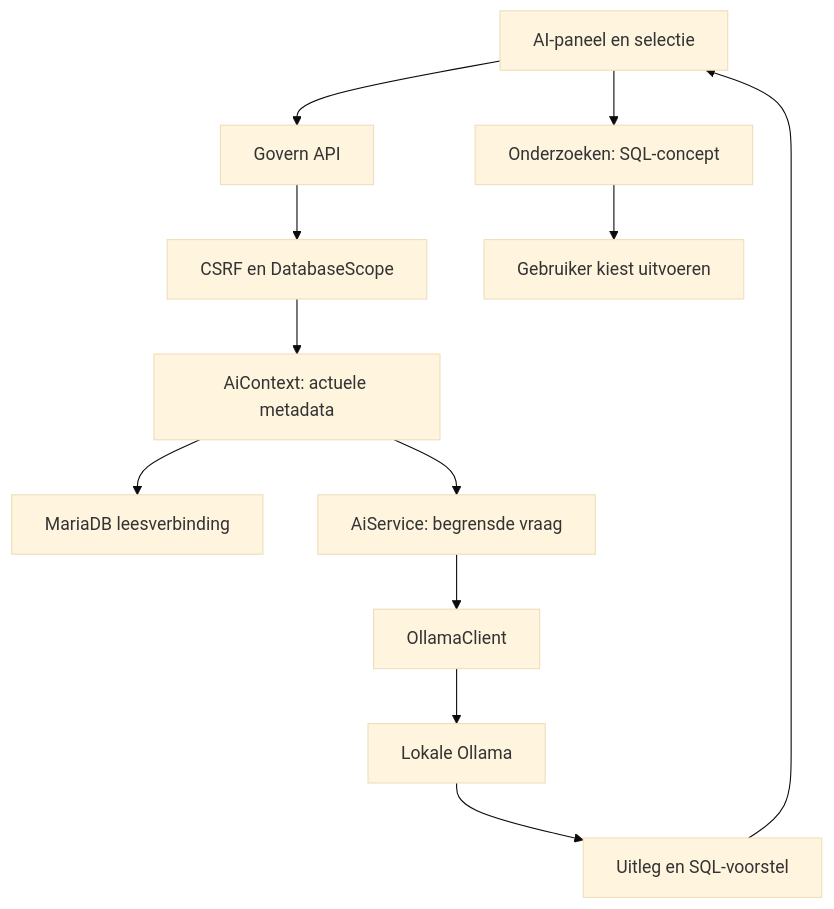
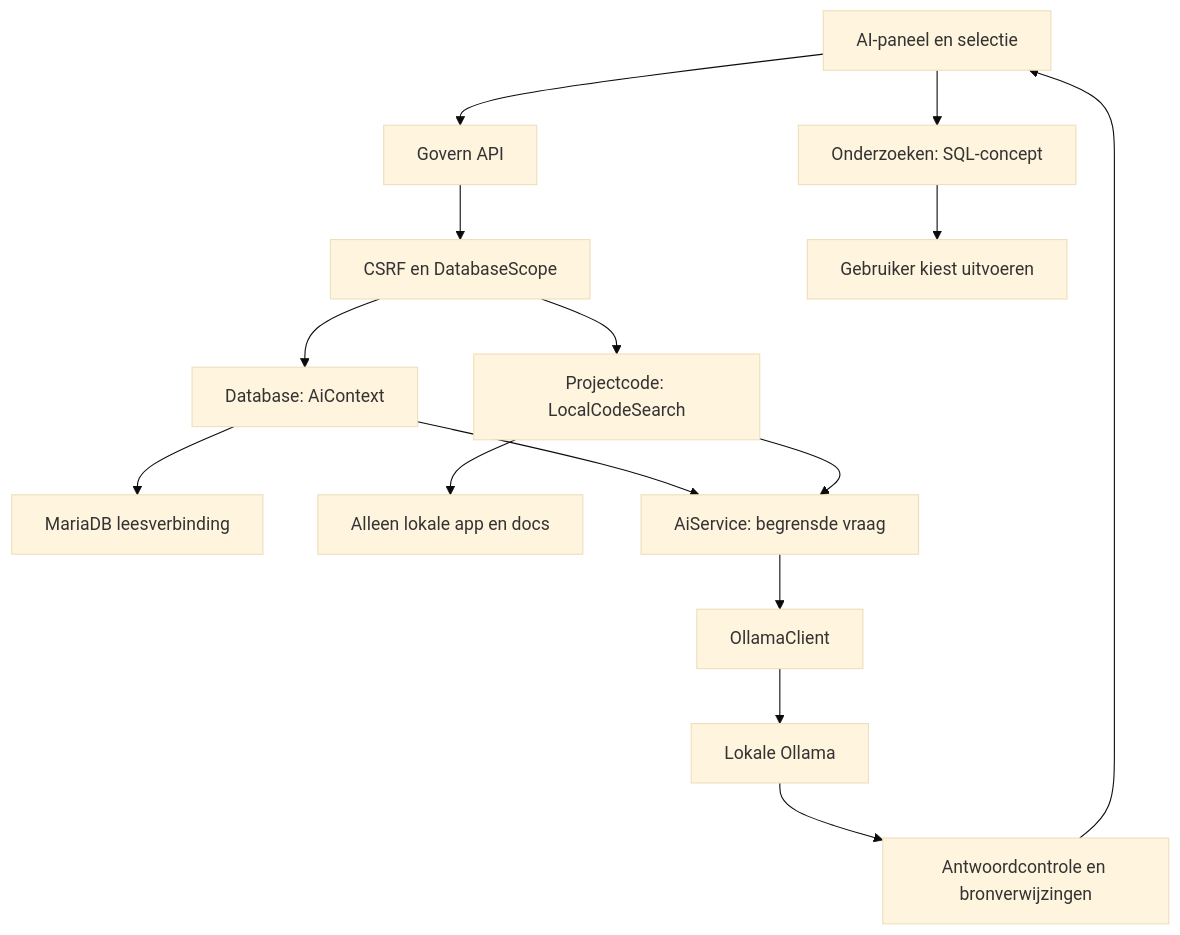
The diagram in docs/AI.md (Esmeevanleeuwen/govern), drawn with Mermaid (base theme) before and after one commit. The commit also changed other lines of this file and 21 other files, not shown here.

Commit message:
Add local project code search and cited AI explanations

````diff
--- a/docs/AI.md
+++ b/docs/AI.md
@@ -37,14 +41,17 @@
 ```mermaid
 flowchart TD
     UI["AI-paneel en selectie"] --> API["Govern API"]
     API --> Scope["CSRF en DatabaseScope"]
-    Scope --> Context["AiContext: actuele metadata"]
+    Scope --> Context["Database: AiContext"]
+    Scope --> Code["Projectcode: LocalCodeSearch"]
     Context --> Reader["MariaDB leesverbinding"]
+    Code --> Files["Alleen lokale app en docs"]
     Context --> Service["AiService: begrensde vraag"]
+    Code --> Service
     Service --> Client["OllamaClient"]
     Client --> Model["Lokale Ollama"]
-    Model --> Result["Uitleg en SQL-voorstel"]
+    Model --> Result["Antwoordcontrole en bronverwijzingen"]
     Result --> UI
     UI --> Draft["Onderzoeken: SQL-concept"]
     Draft --> Run["Gebruiker kiest uitvoeren"]
 ```
````
